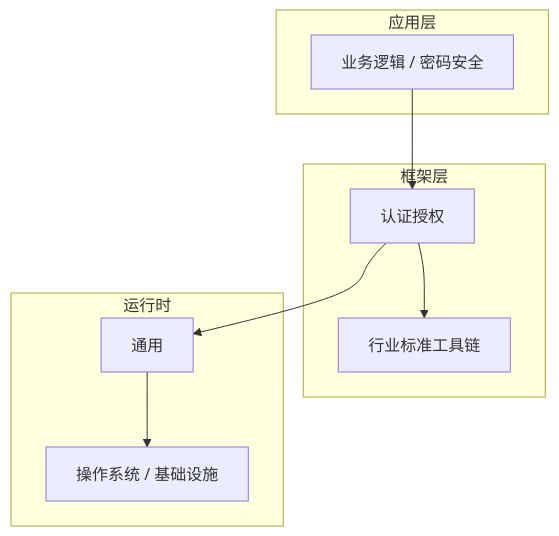
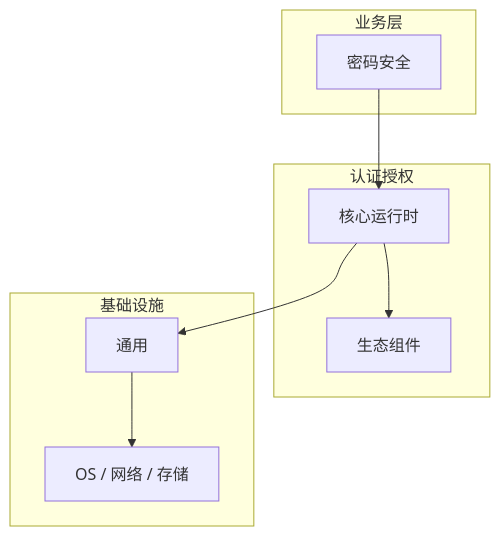
Before and after one commit to yanggan2015/knowledge-json-v2: the diagram in articles/认证授权/chapters/056-密码安全核心概念与原理.md, drawn with Mermaid. The commit also changed other lines of this file and 10127 other files, not shown here.

````diff
--- a/articles/认证授权/chapters/056-密码安全核心概念与原理.md
+++ b/articles/认证授权/chapters/056-密码安全核心概念与原理.md
@@ -45,18 +34,18 @@
 ```mermaid
 graph TB
-    subgraph 应用层
-        A[业务逻辑 / 密码安全]
+    subgraph 业务层
+        A[密码安全]
     end
-    subgraph 框架层
-        B[认证授权]
-        C[行业标准工具链]
+    subgraph 认证授权
+        B[核心运行时]
+        C[生态组件]
     end
-    subgraph 运行时
+    subgraph 基础设施
         D[通用]
-        E[操作系统 / 基础设施]
+        E[OS / 网络 / 存储]
     end
     A --> B
     B --> C
     B --> D
     D --> E
 ```
````
